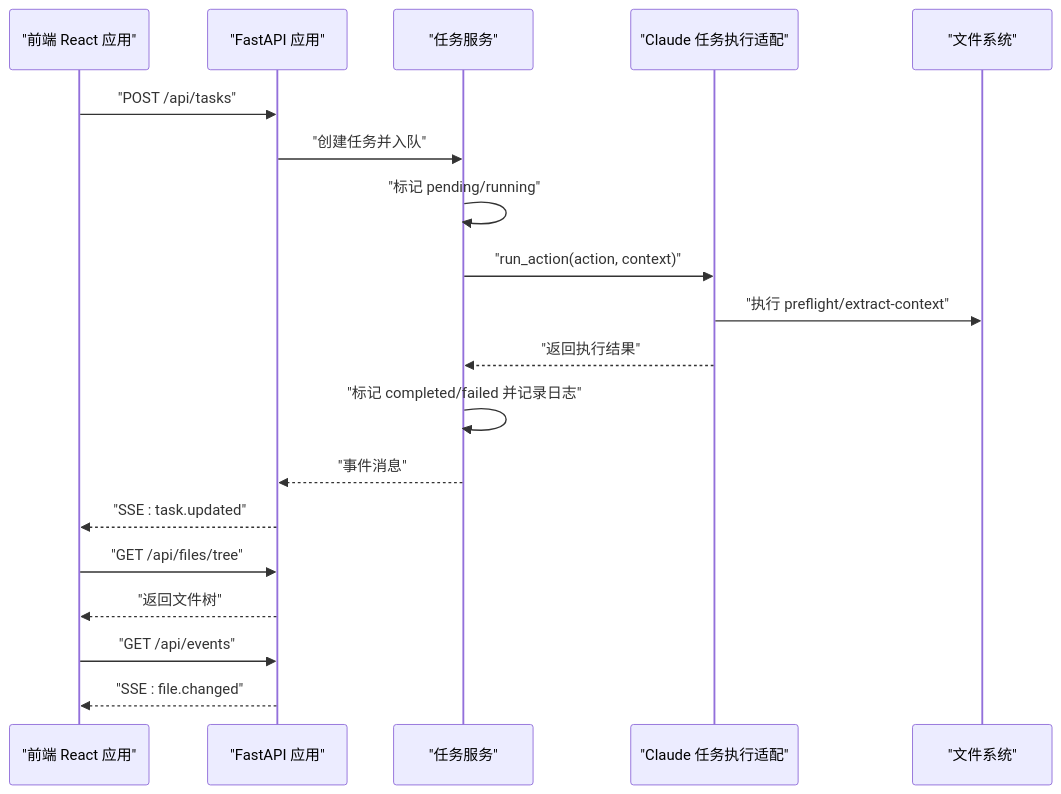
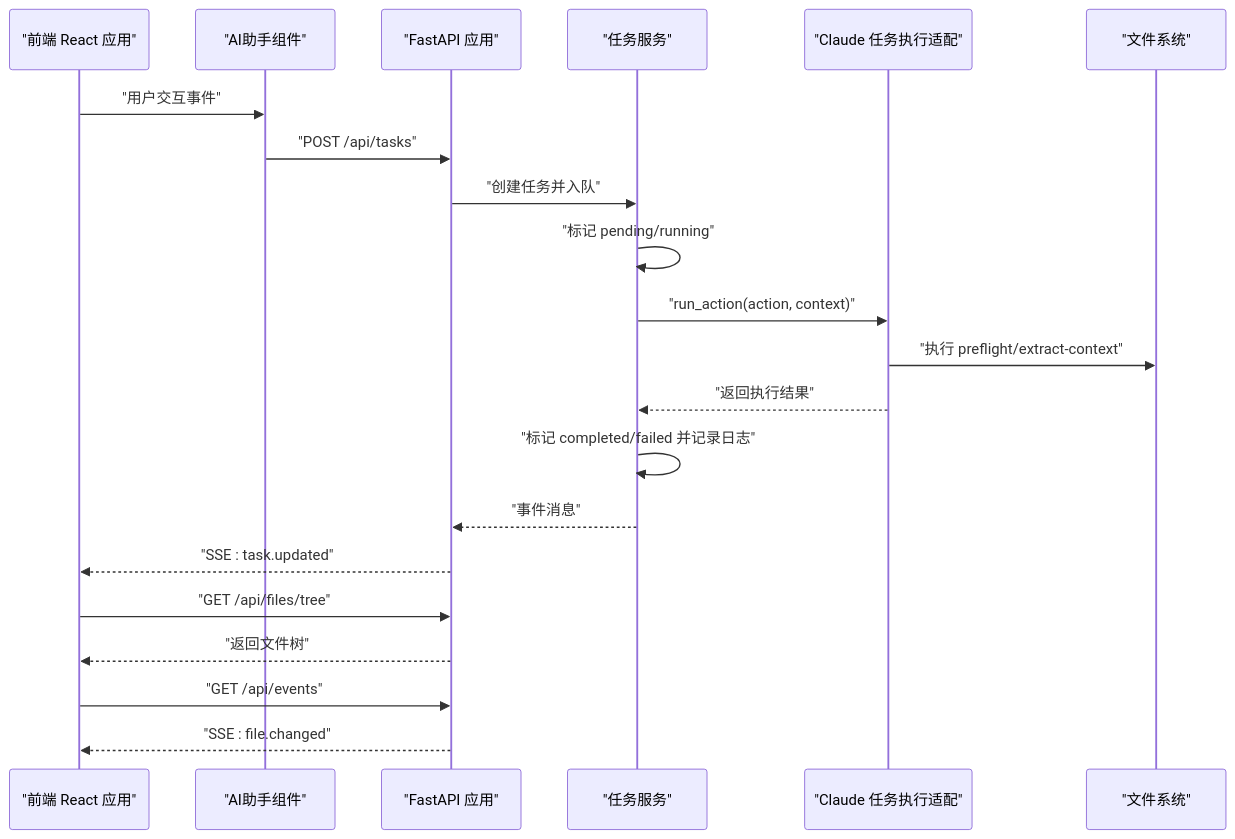
The second of 8 diagrams in .qoder/repowiki/zh/content/写作工作台/写作工作台.md (ssffpt/webnovel-writer), drawn with Mermaid before and after one commit. The commit also changed other lines of this file and 13 other files, not shown here.

````diff
--- a/.qoder/repowiki/zh/content/写作工作台/写作工作台.md
+++ b/.qoder/repowiki/zh/content/写作工作台/写作工作台.md
@@ -114,21 +164,23 @@
 ```mermaid
 sequenceDiagram
 participant FE as "前端 React 应用"
+participant AI as "AI助手组件"
 participant API as "FastAPI 应用"
 participant TS as "任务服务"
 participant CR as "Claude 任务执行适配"
 participant FS as "文件系统"
-FE->>API : "POST /api/tasks"
+FE->>AI : "用户交互事件"
+AI->>API : "POST /api/tasks"
 API->>TS : "创建任务并入队"
 TS->>TS : "标记 pending/running"
 TS->>CR : "run_action(action, context)"
 CR->>FS : "执行 preflight/extract-context"
 CR-->>TS : "返回执行结果"
 TS->>TS : "标记 completed/failed 并记录日志"
 TS-->>API : "事件消息"
 API-->>FE : "SSE : task.updated"
 FE->>API : "GET /api/files/tree"
 API-->>FE : "返回文件树"
 FE->>API : "GET /api/events"
 API-->>FE : "SSE : file.changed"
 ```
````
